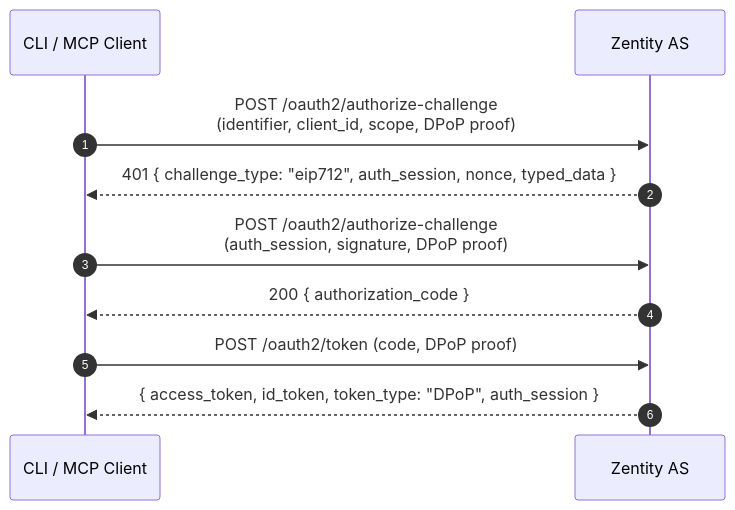
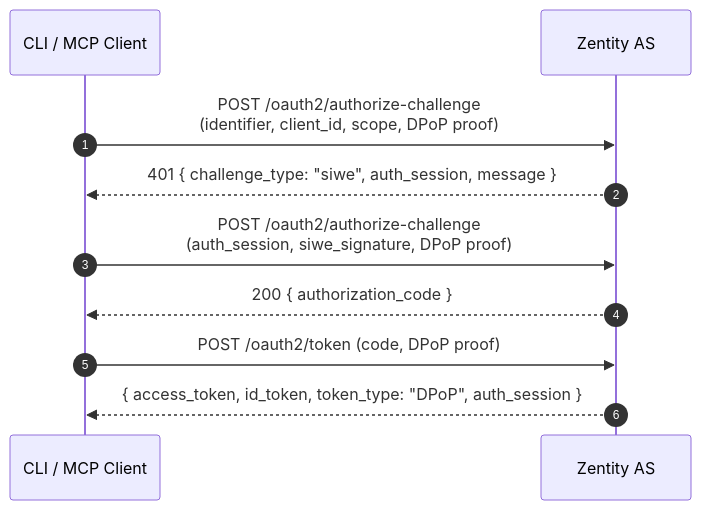
Before and after one commit to gustavovalverde/zentity: the third of 5 diagrams in docs/(protocols)/oauth-integrations.md, drawn with Mermaid. The commit also changed other lines of this file and 9 other files, not shown here.

````diff
--- a/docs/(protocols)/oauth-integrations.md
+++ b/docs/(protocols)/oauth-integrations.md
@@ -141,15 +141,15 @@
 ```mermaid
 sequenceDiagram
   autonumber
   participant Client as CLI / MCP Client
   participant AS as Zentity AS
 
   Client->>AS: POST /oauth2/authorize-challenge<br/>(identifier, client_id, scope, DPoP proof)
-  AS-->>Client: 401 { challenge_type: "eip712", auth_session, nonce, typed_data }
+  AS-->>Client: 401 { challenge_type: "siwe", auth_session, message }
 
-  Client->>AS: POST /oauth2/authorize-challenge<br/>(auth_session, signature, DPoP proof)
+  Client->>AS: POST /oauth2/authorize-challenge<br/>(auth_session, siwe_signature, DPoP proof)
   AS-->>Client: 200 { authorization_code }
 
   Client->>AS: POST /oauth2/token (code, DPoP proof)
   AS-->>Client: { access_token, id_token, token_type: "DPoP", auth_session }
 ```
````
